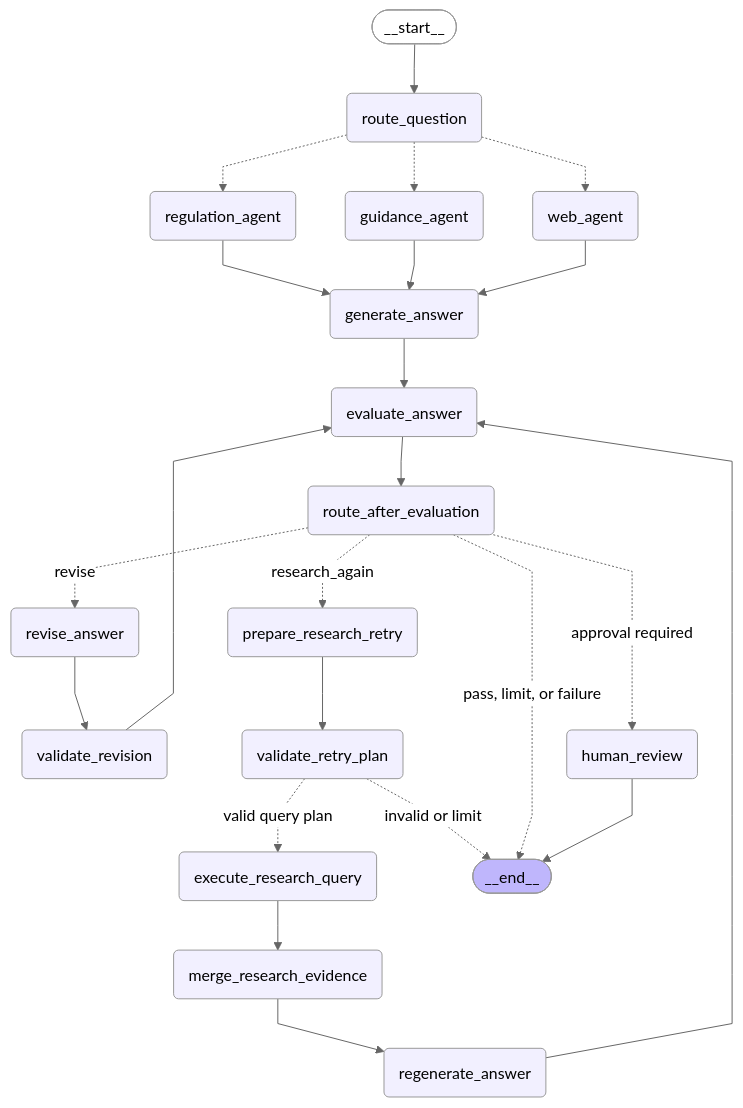
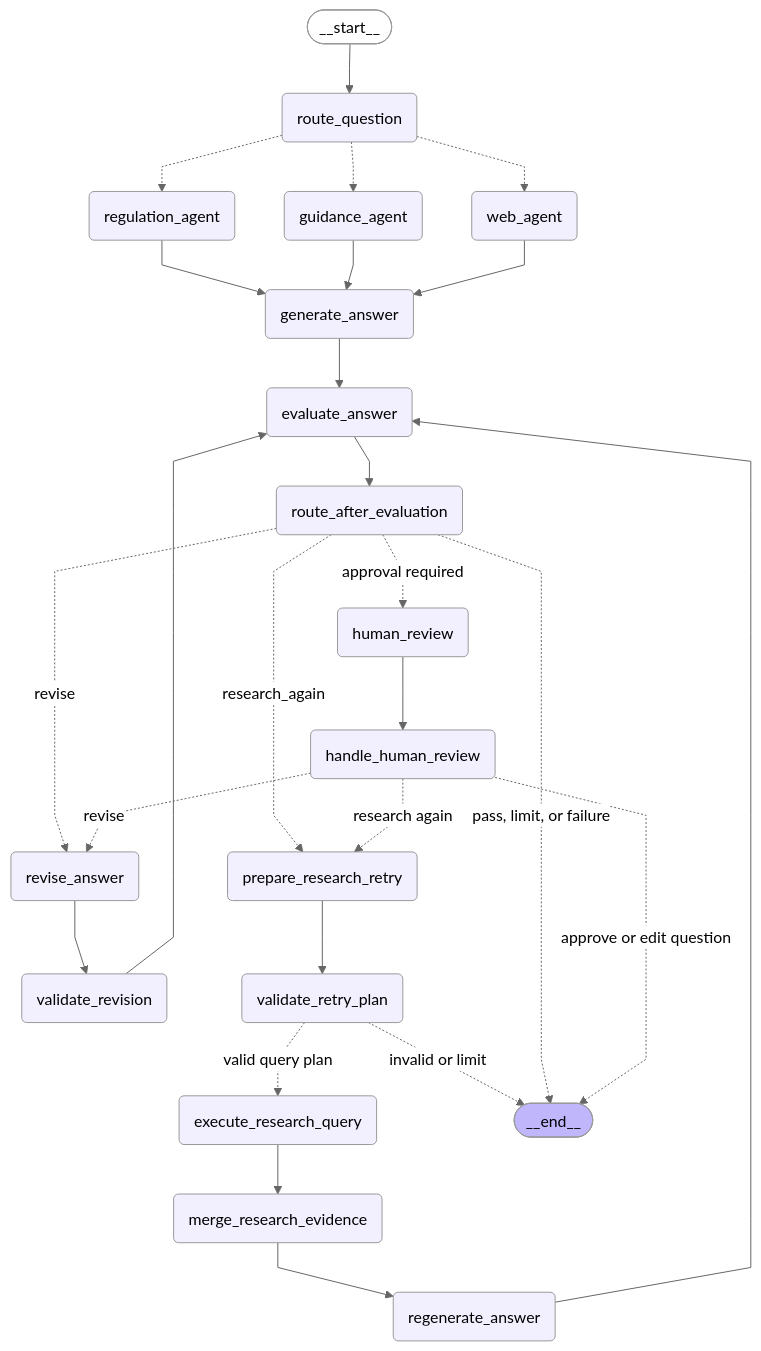
The diagram in docs/architecture/regulatory-multi-agent.mmd (ark0723/regulatory-research-agent), drawn with Mermaid (neutral theme) before and after one commit. The commit also changed 15 other files, not shown here.

```diff
--- a/docs/architecture/regulatory-multi-agent.mmd
+++ b/docs/architecture/regulatory-multi-agent.mmd
@@ -1,48 +1,52 @@
 ---
 config:
   flowchart:
     curve: linear
 ---
 graph TD;
     __start__([__start__]):::first
     route_question(route_question)
     regulation_agent(regulation_agent)
     guidance_agent(guidance_agent)
     web_agent(web_agent)
     generate_answer(generate_answer)
     evaluate_answer(evaluate_answer)
     route_after_evaluation(route_after_evaluation)
     revise_answer(revise_answer)
     validate_revision(validate_revision)
     prepare_research_retry(prepare_research_retry)
     validate_retry_plan(validate_retry_plan)
     execute_research_query(execute_research_query)
     merge_research_evidence(merge_research_evidence)
     regenerate_answer(regenerate_answer)
     human_review(human_review)
+    handle_human_review(handle_human_review)
     __end__([__end__]):::last
     __start__ --> route_question
     route_question -.-> regulation_agent
     route_question -.-> guidance_agent
     route_question -.-> web_agent
     regulation_agent --> generate_answer
     guidance_agent --> generate_answer
     web_agent --> generate_answer
     generate_answer --> evaluate_answer
     evaluate_answer --> route_after_evaluation
     route_after_evaluation -. revise .-> revise_answer
     revise_answer --> validate_revision
     validate_revision --> evaluate_answer
     route_after_evaluation -. research_again .-> prepare_research_retry
     prepare_research_retry --> validate_retry_plan
     validate_retry_plan -. valid query plan .-> execute_research_query
     validate_retry_plan -. invalid or limit .-> __end__
     execute_research_query --> merge_research_evidence
     merge_research_evidence --> regenerate_answer
     regenerate_answer --> evaluate_answer
     route_after_evaluation -. pass, limit, or failure .-> __end__
     route_after_evaluation -. approval required .-> human_review
-    human_review --> __end__
+    human_review --> handle_human_review
+    handle_human_review -. approve or edit question .-> __end__
+    handle_human_review -. revise .-> revise_answer
+    handle_human_review -. research again .-> prepare_research_retry
     classDef default fill:#f2f0ff,line-height:1.2
     classDef first fill-opacity:0
     classDef last fill:#bfb6fc
```
